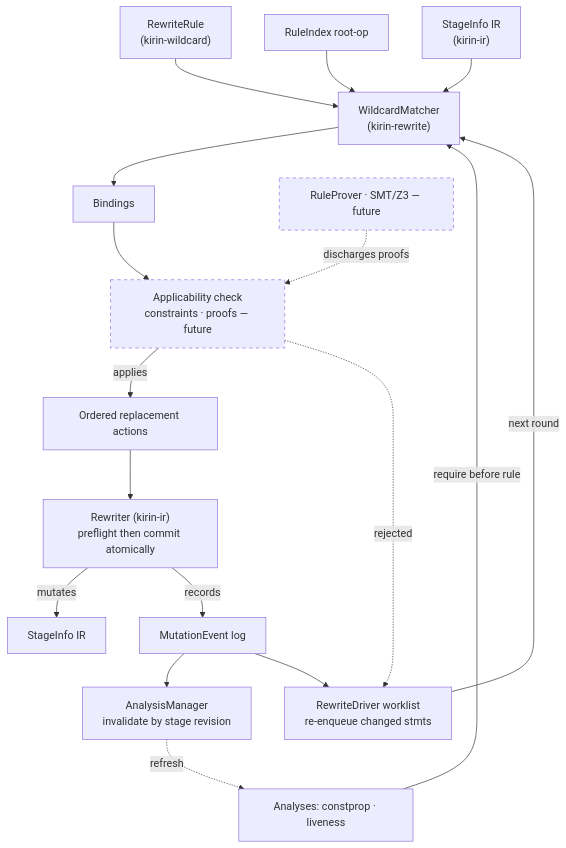
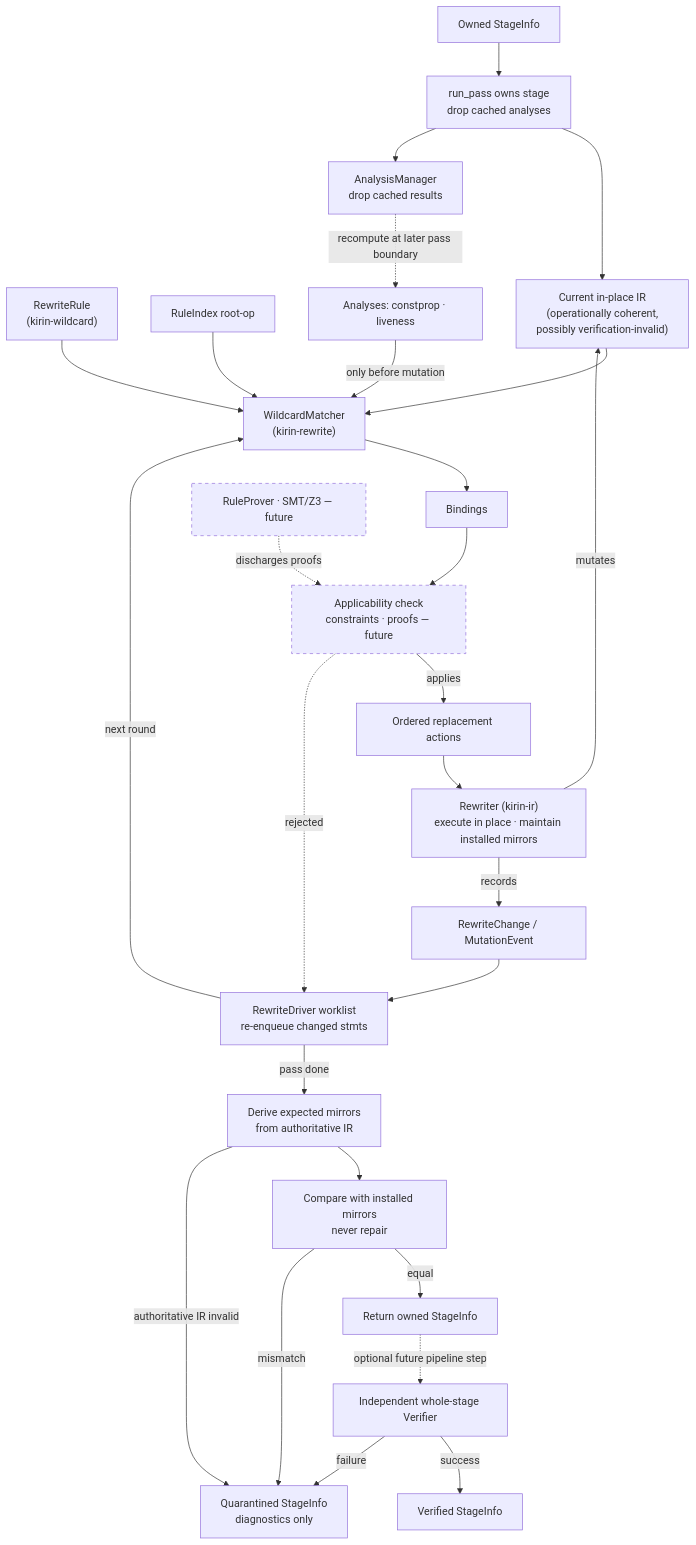
The second of 3 diagrams in docs/design/rewrite-engine.md (QuEraComputing/kirin), drawn with Mermaid before and after one commit. The commit also changed other lines of this file and 5 other files, not shown here.

Commit message:
refactor: settle in-place rewrite contract; add replace_results (M1)

````diff
--- a/docs/design/rewrite-engine.md
+++ b/docs/design/rewrite-engine.md
@@ -145,22 +168,32 @@
 ```mermaid
 flowchart TB
+  PUB["Owned StageInfo"] --> OWN["run_pass owns stage<br/>drop cached analyses"]
   RR["RewriteRule<br/>(kirin-wildcard)"] --> M["WildcardMatcher<br/>(kirin-rewrite)"]
   RI["RuleIndex root-op"] --> M
-  IRIN["StageInfo IR<br/>(kirin-ir)"] --> M
+  OWN --> IRIN["Current in-place IR<br/>(operationally coherent,<br/>possibly verification-invalid)"]
+  IRIN --> M
   M --> B["Bindings"]
   B --> CHK["Applicability check<br/>constraints · proofs — future"]
   CHK -->|applies| ACT["Ordered replacement actions"]
   CHK -.->|rejected| DRV
-  ACT --> RW["Rewriter (kirin-ir)<br/>preflight then commit atomically"]
-  RW -->|mutates| IROUT["StageInfo IR"]
-  RW -->|records| EV["MutationEvent log"]
-  EV --> AM["AnalysisManager<br/>invalidate by stage revision"]
+  ACT --> RW["Rewriter (kirin-ir)<br/>execute in place · maintain installed mirrors"]
+  RW -->|mutates| IRIN
+  RW -->|records| EV["RewriteChange / MutationEvent"]
   EV --> DRV["RewriteDriver worklist<br/>re-enqueue changed stmts"]
   DRV -->|next round| M
-  ANA["Analyses: constprop · liveness"] -->|require before rule| M
-  AM -.->|refresh| ANA
+  DRV -->|pass done| DER["Derive expected mirrors<br/>from authoritative IR"]
+  DER --> CMP["Compare with installed mirrors<br/>never repair"]
+  CMP -->|equal| OUT["Return owned StageInfo"]
+  DER -->|authoritative IR invalid| ABT["Quarantined StageInfo<br/>diagnostics only"]
+  CMP -->|mismatch| ABT
+  OUT -.->|optional future pipeline step| VER["Independent whole-stage Verifier"]
+  VER -->|success| VOUT["Verified StageInfo"]
+  VER -->|failure| ABT
+  OWN --> AM["AnalysisManager<br/>drop cached results"]
+  ANA["Analyses: constprop · liveness"] -->|only before mutation| M
+  AM -.->|recompute at later pass boundary| ANA
   RB["RuleProver · SMT/Z3 — future"] -.->|discharges proofs| CHK
 
   style CHK stroke-dasharray: 5 5
   style RB stroke-dasharray: 5 5
 ```
````
